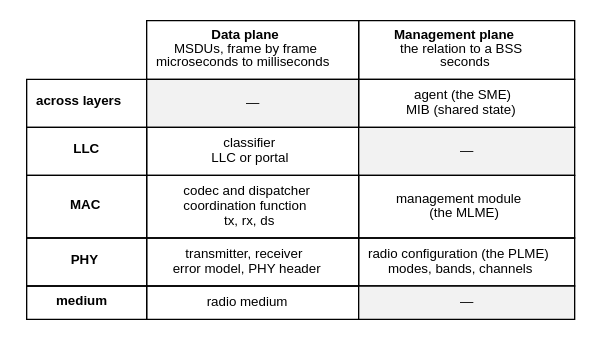
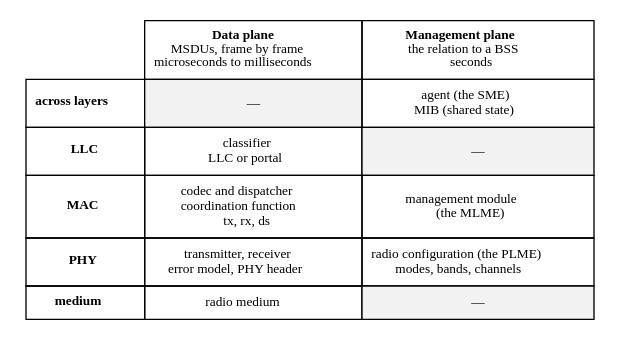
The diagram in doc/src/developers-guide/figures/ieee80211_catalog.dot (inet-framework/inet), drawn with Graphviz before and after one commit. The commit also changed 7 other files, not shown here.

```diff
--- a/doc/src/developers-guide/figures/ieee80211_catalog.dot
+++ b/doc/src/developers-guide/figures/ieee80211_catalog.dot
@@ -1,13 +1,13 @@
 digraph g {
   rankdir="TB"
-  node [shape=plaintext, fontsize=10, fontname="Helvetica"]
+  node [shape=plaintext, fontsize=10]
   grid [label=<
     <table border="0" cellborder="1" cellspacing="0" cellpadding="6">
       <tr><td border="0"></td><td><b>Data plane</b><br/>MSDUs, frame by frame<br/>microseconds to milliseconds</td><td><b>Management plane</b><br/>the relation to a BSS<br/>seconds</td></tr>
       <tr><td><b>across layers</b></td><td bgcolor="#f2f2f2">—</td><td>agent (the SME)<br/>MIB (shared state)</td></tr>
       <tr><td><b>LLC</b></td><td>classifier<br/>LLC or portal</td><td bgcolor="#f2f2f2">—</td></tr>
       <tr><td><b>MAC</b></td><td>codec and dispatcher<br/>coordination function<br/>tx, rx, ds</td><td>management module<br/>(the MLME)</td></tr>
       <tr><td><b>PHY</b></td><td>transmitter, receiver<br/>error model, PHY header</td><td>radio configuration (the PLME)<br/>modes, bands, channels</td></tr>
       <tr><td><b>medium</b></td><td>radio medium</td><td bgcolor="#f2f2f2">—</td></tr>
     </table>>]
 }
```
